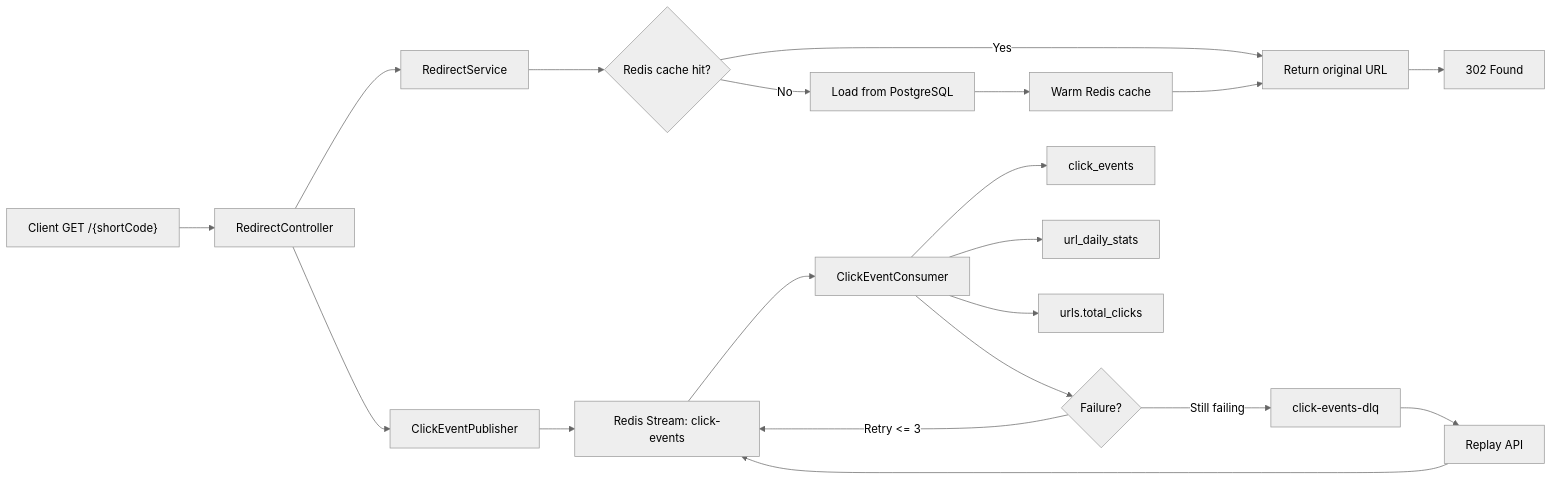
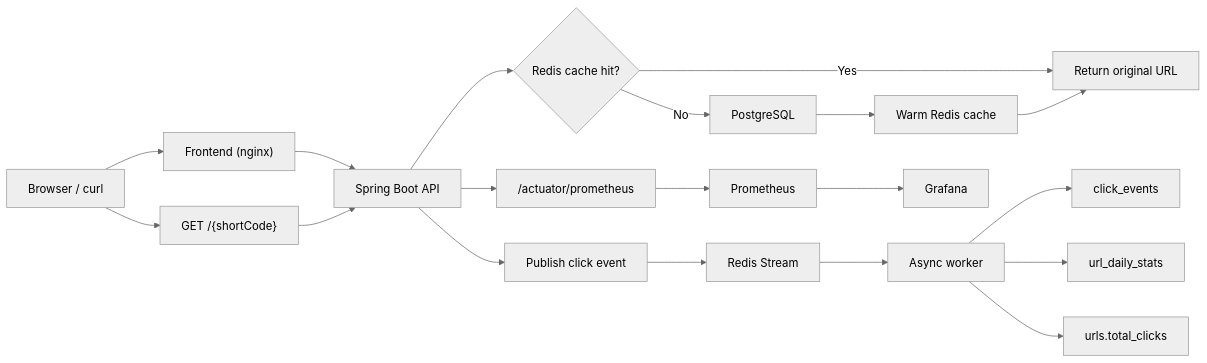
The diagram in README.md (JJieTang/shortLink), drawn with Mermaid (neutral theme) before and after one commit. The commit also changed other lines of this file, not shown here.

Commit message:
document quickstart, architecture, curl flow, and setup notes

````diff
--- a/README.md
+++ b/README.md
@@ -218,22 +50,21 @@
 ```mermaid
 flowchart LR
-    A["Client GET /{shortCode}"] --> B["RedirectController"]
-    B --> C["RedirectService"]
-    C --> D{"Redis cache hit?"}
-    D -->|Yes| E["Return original URL"]
-    D -->|No| F["Load from PostgreSQL"]
-    F --> G["Warm Redis cache"]
-    G --> E
-    E --> H["302 Found"]
-    B --> I["ClickEventPublisher"]
-    I --> J["Redis Stream: click-events"]
-    J --> K["ClickEventConsumer"]
+    A["Browser / curl"] --> B["Frontend (nginx)"]
+    A --> C["GET /{shortCode}"]
+    B --> D["Spring Boot API"]
+    C --> D
+    D --> E{"Redis cache hit?"}
+    E -->|Yes| F["Return original URL"]
+    E -->|No| G["PostgreSQL"]
+    G --> H["Warm Redis cache"]
+    H --> F
+    D --> I["Publish click event"]
+    I --> J["Redis Stream"]
+    J --> K["Async worker"]
     K --> L["click_events"]
     K --> M["url_daily_stats"]
     K --> N["urls.total_clicks"]
-    K --> O{"Failure?"}
-    O -->|Retry <= 3| J
-    O -->|Still failing| P["click-events-dlq"]
-    P --> Q["Replay API"]
-    Q --> J
+    D --> O["/actuator/prometheus"]
+    O --> P["Prometheus"]
+    P --> Q["Grafana"]
 ```
````
